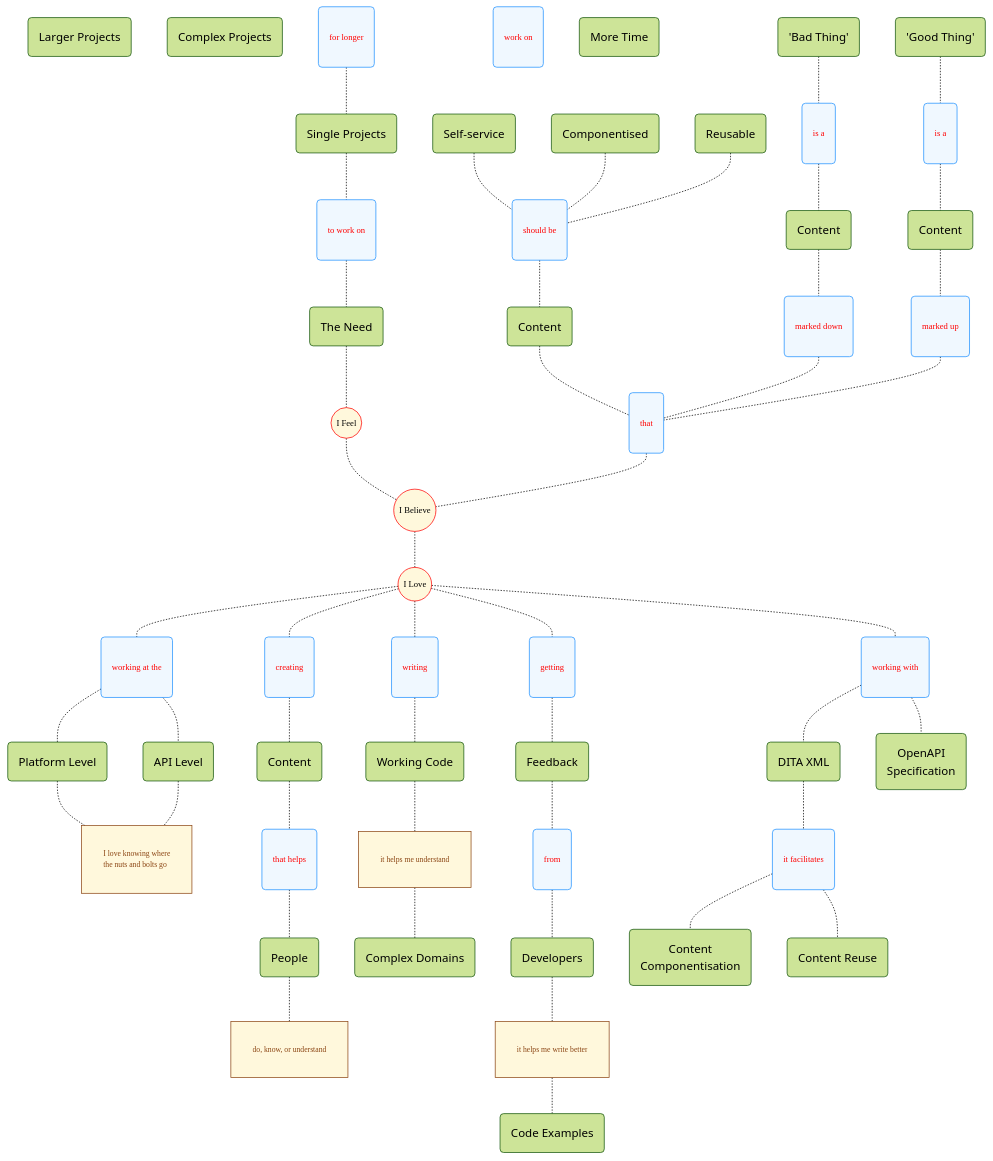
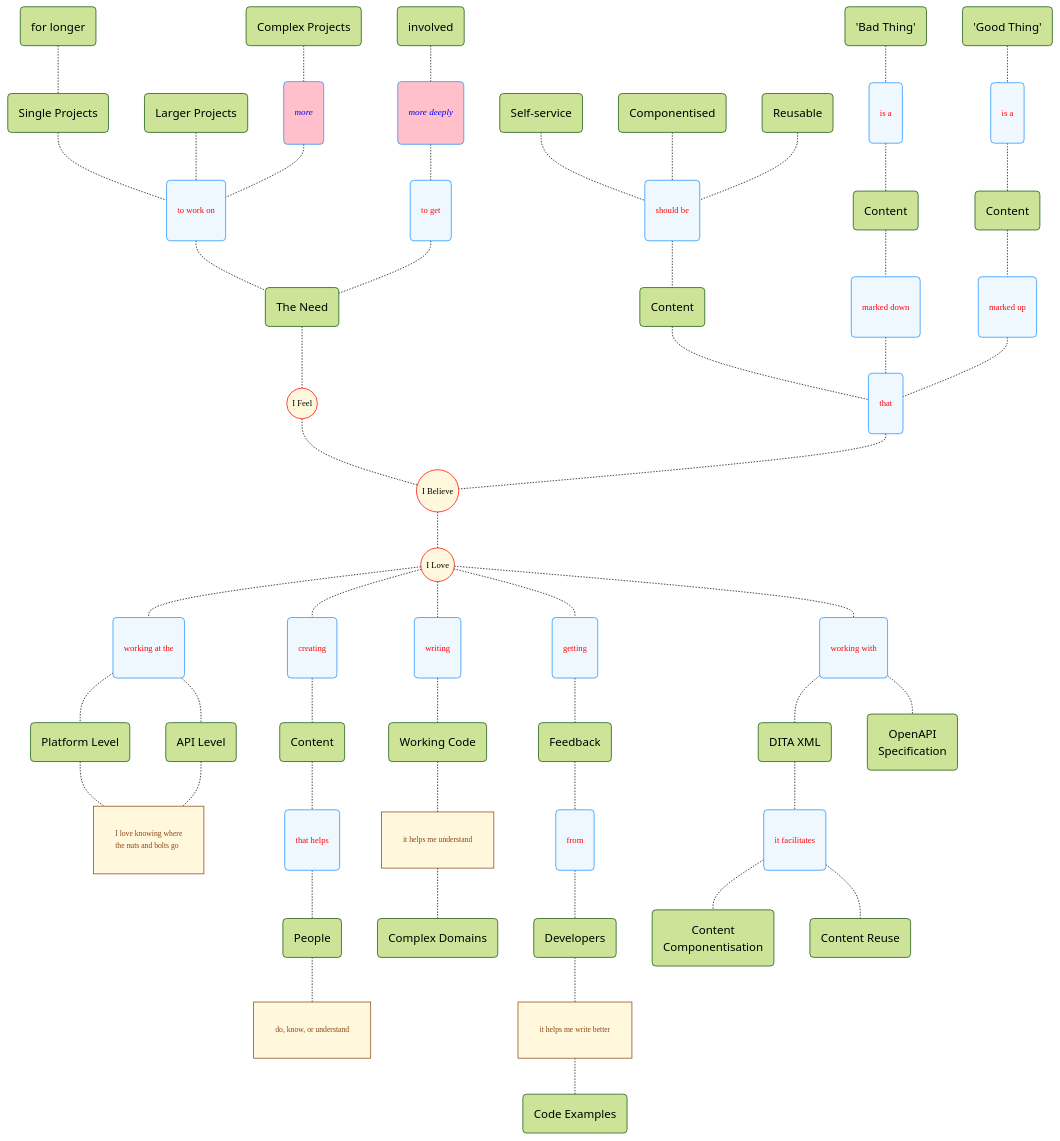
The diagram in my_mindmap_02.md (joe-dorward/samples), drawn with Mermaid before and after one commit.

```diff
--- a/my_mindmap_02.md
+++ b/my_mindmap_02.md
@@ -3,6 +3,7 @@
 flowchart TD
   classDef Start fill:cornsilk, stroke:red, font-family:verdana, font-size:9pt;
   classDef Verb fill:aliceblue, color:red, stroke:dodgerblue, font-family:verdana, font-size:9pt, padding:0px 4px;
+  classDef Adverb fill:pink, color:blue, stroke:dodgerblue, font-family:verdana, font-size:9.5pt, font-style:italic, padding:0px 4px;
   classDef Note fill:cornsilk, stroke:saddlebrown, color:saddlebrown, font-family:verdana, font-size:8pt, text-align:left, padding:0px 4px;
 
   SINGLE_PROJECTS("Single Projects")
@@ -11,26 +12,33 @@
 
   TO_WORK_ON("to work on")
   FOR_LONGER("for longer")
+  TO_GET("to get")
+  INVOLVED("involved")
 
-  class TO_WORK_ON,FOR_LONGER Verb;
+  MORE("more")
+  MORE_DEEPLY("more deeply")
 
+  class TO_WORK_ON,TO_GET Verb;
+  class MORE,MORE_DEEPLY Adverb;
 
-
-  WORK_ON("work on")
-  MORE_TIME("More Time")
+  %%WORK_ON("work on")
+  %%MORE_TIME("More Time")
   %%WORKING_ON("working on")
 
   %%TO_SPEND_1("to spend")
-
 
   %%LONGER_TERM_ROLES("Longer-term Roles")
 
   THE_NEED("The Need")
   I_FEEL(("I Feel")):::Start
 
-  class TO_1,TO_2,WORK_ON,WORKING_ON,TO_SPEND_1,TO_WORK_ON Verb;
+  %%class TO_1,TO_2,WORK_ON,WORKING_ON,TO_SPEND_1,TO_WORK_ON Verb;
 
   FOR_LONGER-.-SINGLE_PROJECTS-.-TO_WORK_ON-.-THE_NEED-.-I_FEEL
+  LARGER_PROJECTS-.-TO_WORK_ON
+  COMPLEX_PROJECTS-.-MORE-.-TO_WORK_ON
+
+  INVOLVED-.-MORE_DEEPLY-.-TO_GET-.-THE_NEED
 
   %%A_SINGLE_PROJECT-.-WORKING_ON-.-MORE_TIME-.-TO_SPEND_1-.-THE_NEED-.-
   I_FEEL-.-I_BELIEVE
```
